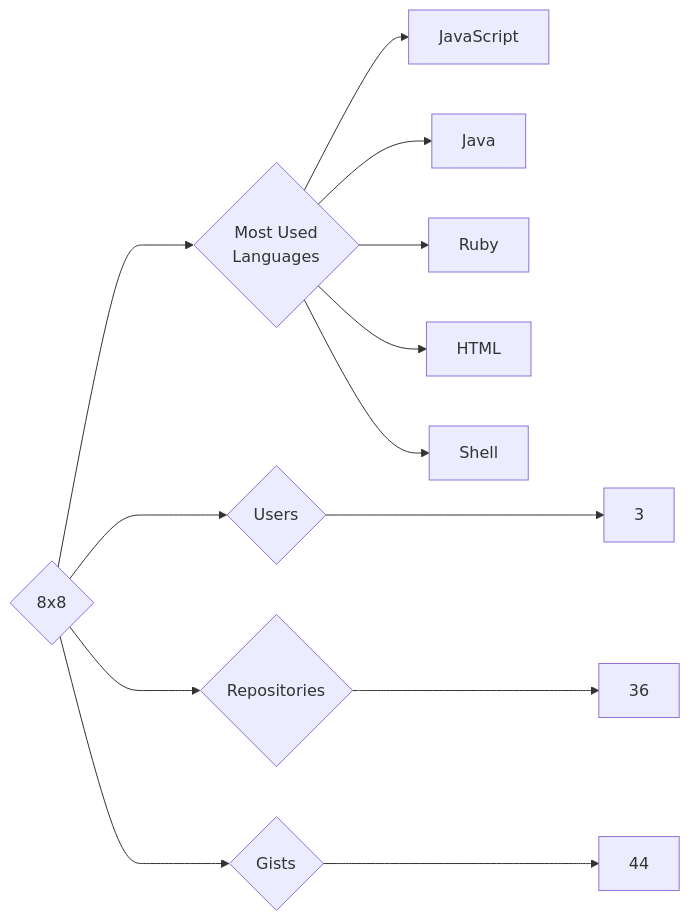
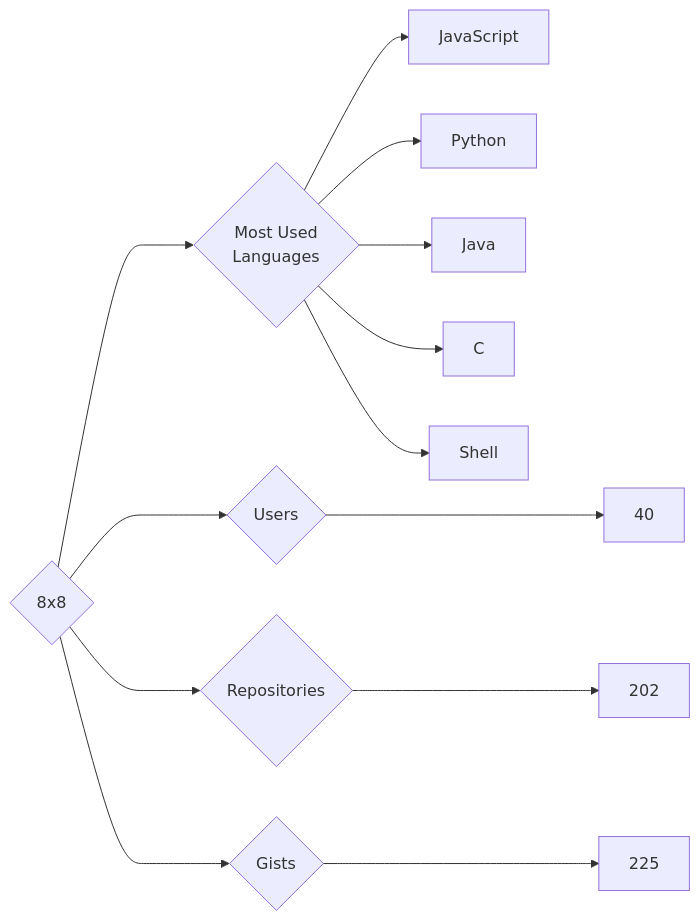
One commit to trickest/insiders changed the diagram in targets/8x8/README.md. Above: the diagram before and after it, drawn with Mermaid. The commit also changed 845 other files, not shown here.

````diff
--- a/targets/8x8/README.md
+++ b/targets/8x8/README.md
@@ -3,13 +3,13 @@
 ```mermaid
 graph LR
 COMPANY_NAME{8x8}
-COMPANY_NAME ---> U{Users} ---> UN[3]
-COMPANY_NAME ---> R{Repositories} ---> RN[36]
-COMPANY_NAME ---> G{Gists} ---> GN[44]
+COMPANY_NAME ---> U{Users} ---> UN[40]
+COMPANY_NAME ---> R{Repositories} ---> RN[202]
+COMPANY_NAME ---> G{Gists} ---> GN[225]
 COMPANY_NAME ---> ML{Most Used<br>Languages}
 ML --> JavaScript[JavaScript]
+ML --> Python[Python]
 ML --> Java[Java]
-ML --> Ruby[Ruby]
-ML --> HTML[HTML]
+ML --> C[C]
 ML --> Shell[Shell]
 ```
````
